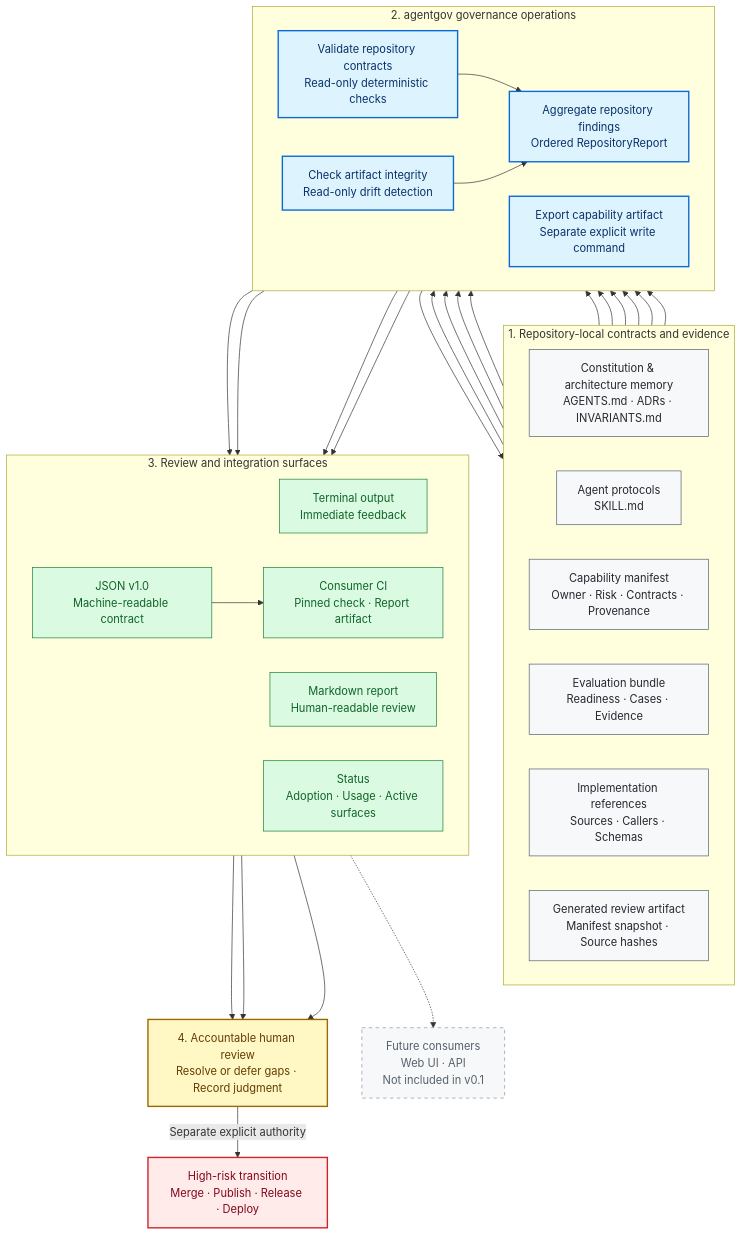
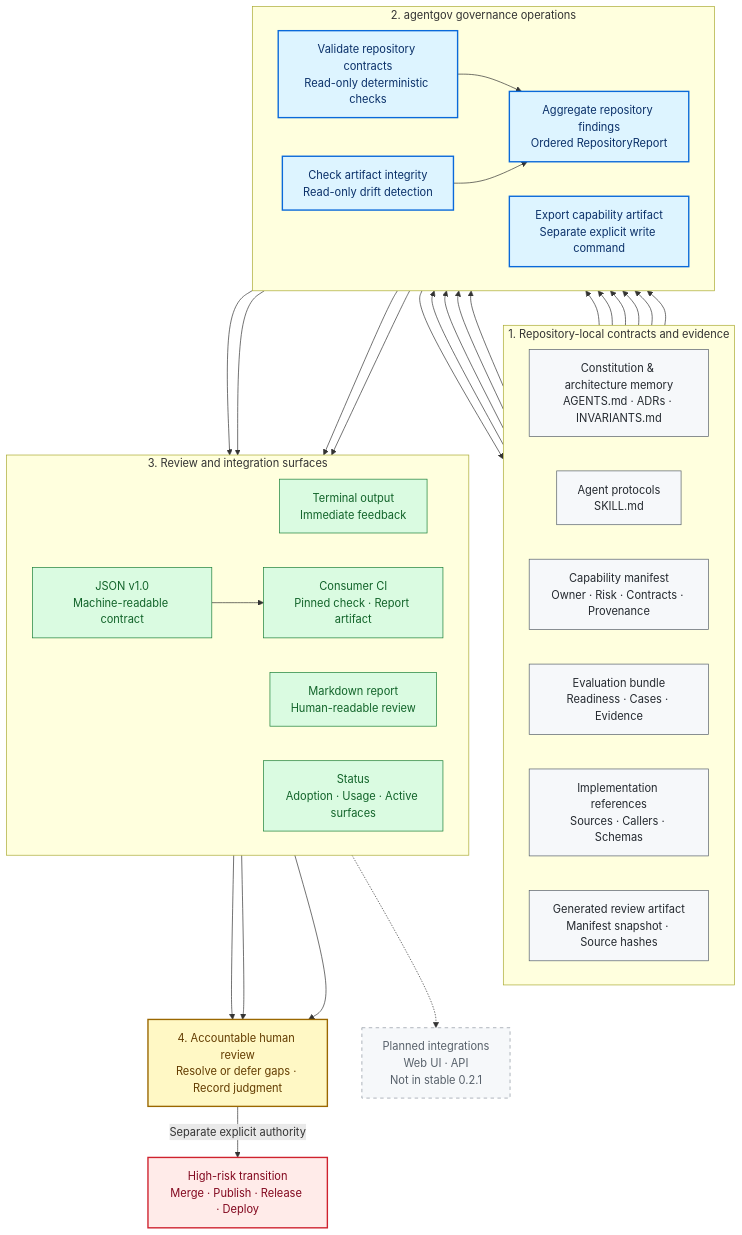
The second of 2 diagrams in README.md (Andy-JunXiong/agent-governance-starter), drawn with Mermaid before and after one commit. The commit also changed other lines of this file and 34 other files, not shown here.

````diff
--- a/README.md
+++ b/README.md
@@ -378,77 +380,77 @@
 ```mermaid
 flowchart TB
     subgraph REPO["1. Repository-local contracts and evidence"]
         direction LR
         CONSTITUTION["Constitution & architecture memory<br/>AGENTS.md · ADRs · INVARIANTS.md"]
         PROTOCOLS["Agent protocols<br/>SKILL.md"]
         CAPABILITY["Capability manifest<br/>Owner · Risk · Contracts · Provenance"]
         EVALUATION["Evaluation bundle<br/>Readiness · Cases · Evidence"]
         SOURCES["Implementation references<br/>Sources · Callers · Schemas"]
         ARTIFACT["Generated review artifact<br/>Manifest snapshot · Source hashes"]
     end
 
     subgraph CORE["2. agentgov governance operations"]
         direction LR
         VALIDATE["Validate repository contracts<br/>Read-only deterministic checks"]
         EXPORT["Export capability artifact<br/>Separate explicit write command"]
         DRIFT["Check artifact integrity<br/>Read-only drift detection"]
         FINDINGS["Aggregate repository findings<br/>Ordered RepositoryReport"]
     end
 
     subgraph SURFACES["3. Review and integration surfaces"]
         direction LR
         TERMINAL["Terminal output<br/>Immediate feedback"]
         MARKDOWN["Markdown report<br/>Human-readable review"]
         JSON["JSON v1.0<br/>Machine-readable contract"]
         STATUS_SURFACE["Status<br/>Adoption · Usage · Active surfaces"]
         CONSUMER_CI["Consumer CI<br/>Pinned check · Report artifact"]
     end
 
     HUMAN["4. Accountable human review<br/>Resolve or defer gaps · Record judgment"]
     TRANSITION["High-risk transition<br/>Merge · Publish · Release · Deploy"]
-    FUTURE["Future consumers<br/>Web UI · API<br/>Not included in v0.1"]
+    FUTURE["Planned integrations<br/>Web UI · API<br/>Not in stable 0.2.1"]
 
     CONSTITUTION --> VALIDATE
     PROTOCOLS --> VALIDATE
     CAPABILITY --> VALIDATE
     EVALUATION --> VALIDATE
     SOURCES --> VALIDATE
 
     CAPABILITY --> EXPORT
     SOURCES --> EXPORT
     EXPORT --> ARTIFACT
 
     ARTIFACT --> DRIFT
     CAPABILITY --> DRIFT
     SOURCES --> DRIFT
 
     VALIDATE --> FINDINGS
     DRIFT --> FINDINGS
 
     FINDINGS --> TERMINAL
     FINDINGS --> MARKDOWN
     FINDINGS --> JSON
     FINDINGS --> STATUS_SURFACE
     JSON --> CONSUMER_CI
 
     TERMINAL --> HUMAN
     MARKDOWN --> HUMAN
     JSON --> HUMAN
     JSON -.-> FUTURE
 
     HUMAN -->|"Separate explicit authority"| TRANSITION
 
     classDef repo fill:#f6f8fa,stroke:#57606a,color:#24292f,stroke-width:1px;
     classDef core fill:#ddf4ff,stroke:#0969da,color:#0a3069,stroke-width:2px;
     classDef surface fill:#dafbe1,stroke:#1a7f37,color:#116329,stroke-width:1px;
     classDef human fill:#fff8c5,stroke:#9a6700,color:#633c01,stroke-width:2px;
     classDef external fill:#ffebe9,stroke:#cf222e,color:#82071e,stroke-width:2px;
     classDef future fill:#f6f8fa,stroke:#8c959f,color:#57606a,stroke-dasharray:5 5;
 
     class CONSTITUTION,PROTOCOLS,CAPABILITY,EVALUATION,SOURCES,ARTIFACT repo;
     class VALIDATE,EXPORT,DRIFT,FINDINGS core;
     class TERMINAL,MARKDOWN,JSON,STATUS_SURFACE,CONSUMER_CI surface;
     class HUMAN human;
     class TRANSITION external;
     class FUTURE future;
 ```
````
